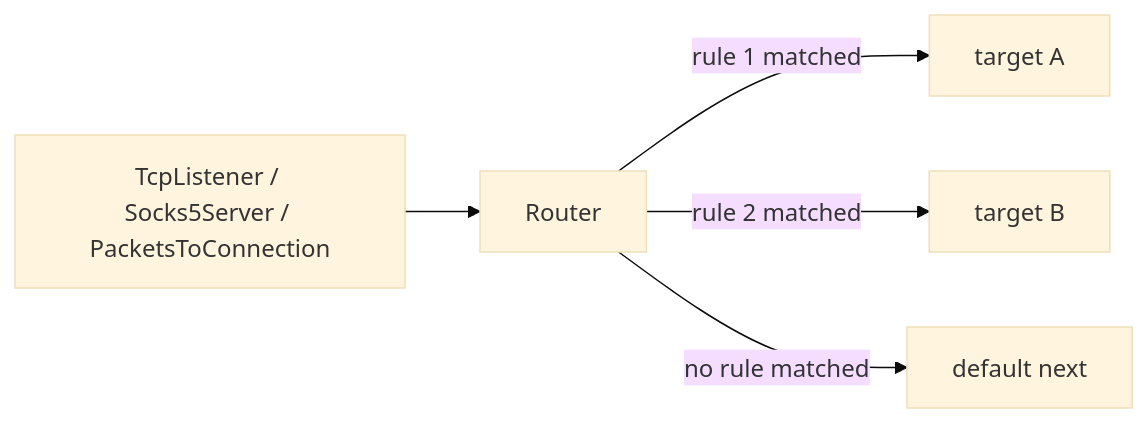
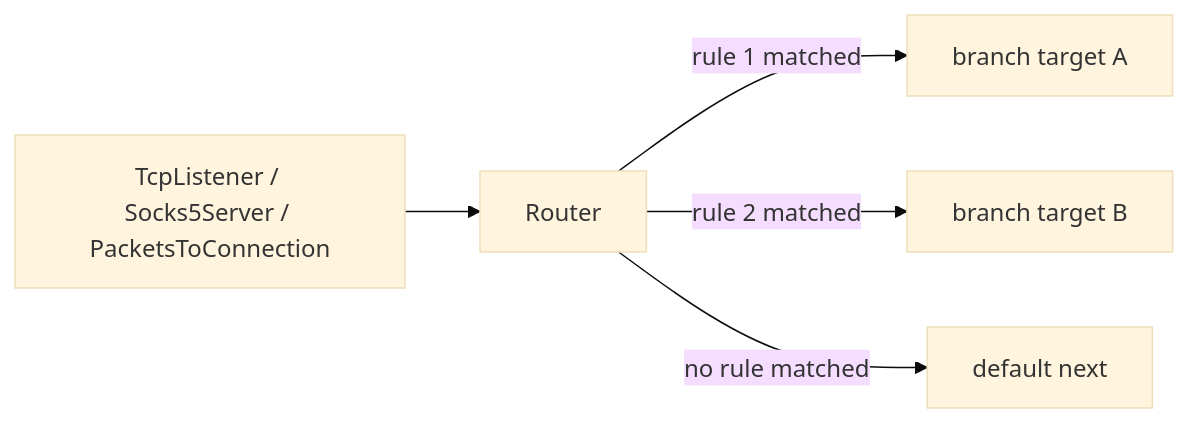
Before and after one commit to radkesvat/WaterWall-Docs: the diagram in i18n/fa/docusaurus-plugin-content-docs/current/02-noderefs/Router.mdx, drawn with Mermaid (base theme). The commit also changed other lines of this file and 208 other files, not shown here.

````diff
--- a/i18n/fa/docusaurus-plugin-content-docs/current/02-noderefs/Router.mdx
+++ b/i18n/fa/docusaurus-plugin-content-docs/current/02-noderefs/Router.mdx
@@ -25,7 +27,7 @@
 ```mermaid
 flowchart LR
     In[TcpListener / Socks5Server / PacketsToConnection] --> R[Router]
-    R -->|rule 1 matched| A[target A]
-    R -->|rule 2 matched| B[target B]
+    R -->|rule 1 matched| A[branch target A]
+    R -->|rule 2 matched| B[branch target B]
     R -->|no rule matched| D[default next]
 ```
````
